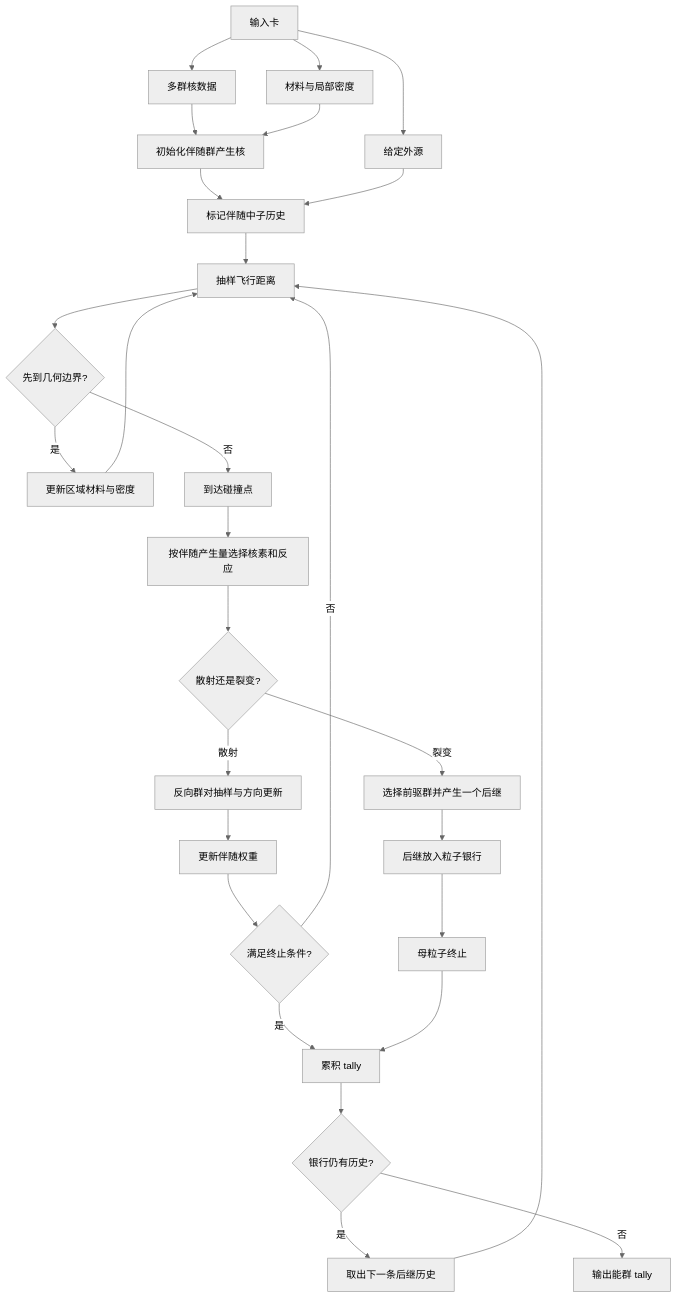
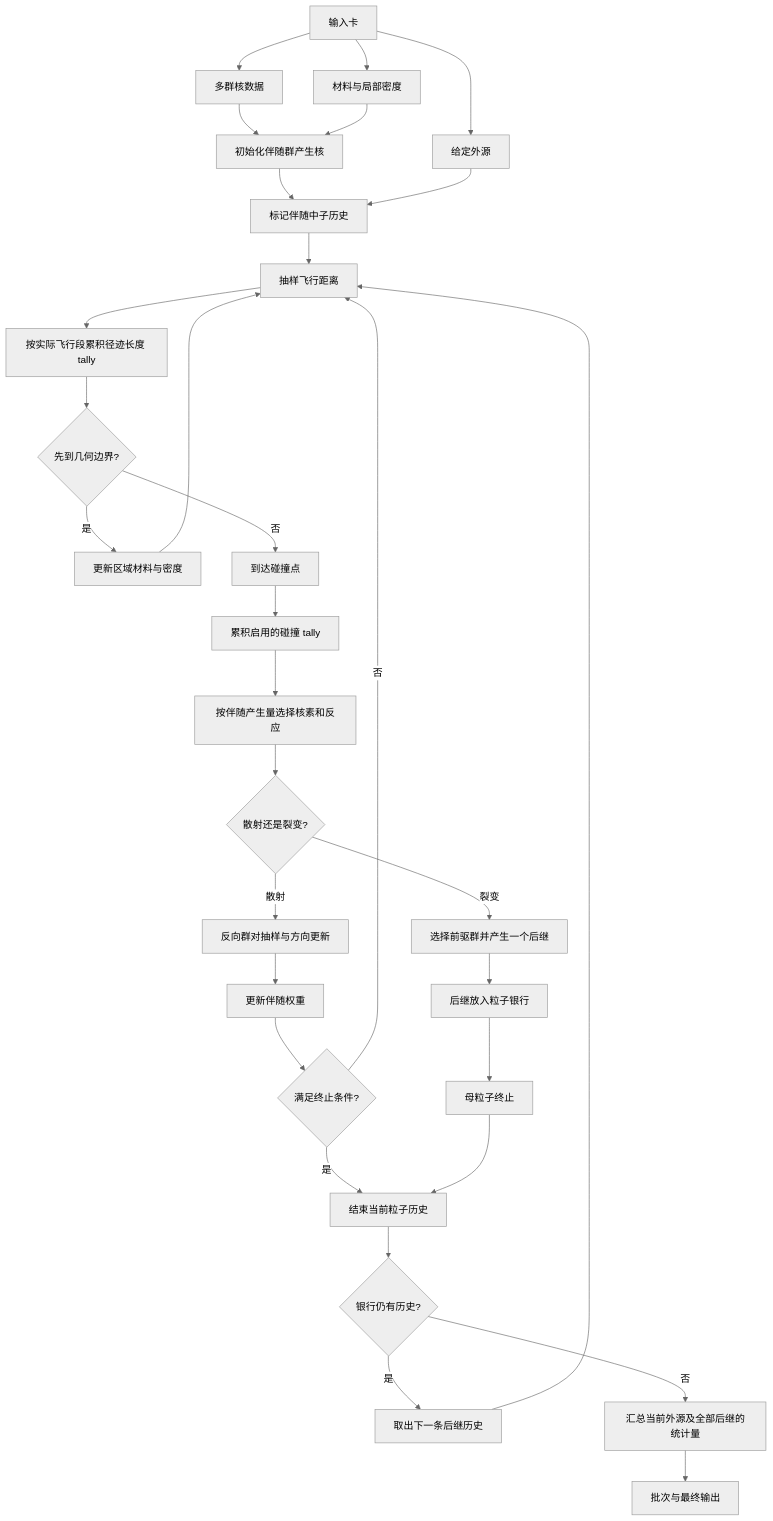
Before and after one commit to Silver-Zhang/AI_MC_WW_interation: the first of 5 diagrams in MLVR_Physics_Guide/01_RMC多群伴随输运/02_流程图与时序图.md, drawn with Mermaid (neutral theme). The commit also changed other lines of this file and 23 other files, not shown here.

````diff
--- a/MLVR_Physics_Guide/01_RMC多群伴随输运/02_流程图与时序图.md
+++ b/MLVR_Physics_Guide/01_RMC多群伴随输运/02_流程图与时序图.md
@@ -7,30 +7,33 @@
 ```mermaid
 flowchart TD
     A[输入卡] --> B[多群核数据]
     A --> C[材料与局部密度]
     B --> D[初始化伴随群产生核]
     C --> D
     A --> E[给定外源]
     D --> F[标记伴随中子历史]
     E --> F
     F --> G[抽样飞行距离]
-    G --> H{先到几何边界?}
+    G --> GA[按实际飞行段累积径迹长度 tally]
+    GA --> H{先到几何边界?}
     H -->|是| I[更新区域材料与密度]
     I --> G
     H -->|否| J[到达碰撞点]
-    J --> K[按伴随产生量选择核素和反应]
+    J --> JA[累积启用的碰撞 tally]
+    JA --> K[按伴随产生量选择核素和反应]
     K --> L{散射还是裂变?}
     L -->|散射| M[反向群对抽样与方向更新]
     M --> N[更新伴随权重]
     L -->|裂变| O[选择前驱群并产生一个后继]
     O --> P[后继放入粒子银行]
     P --> Q[母粒子终止]
     N --> R{满足终止条件?}
     R -->|否| G
-    R -->|是| S[累积 tally]
+    R -->|是| S[结束当前粒子历史]
     Q --> S
     S --> T{银行仍有历史?}
     T -->|是| U[取出下一条后继历史]
     U --> G
-    T -->|否| V[输出能群 tally]
+    T -->|否| V[汇总当前外源及全部后继的统计量]
+    V --> W[批次与最终输出]
 ```
````
